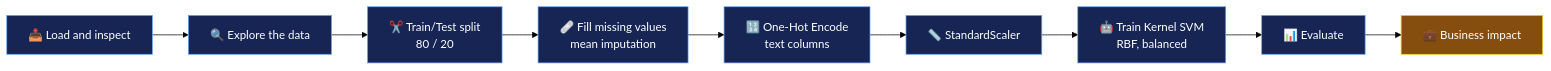
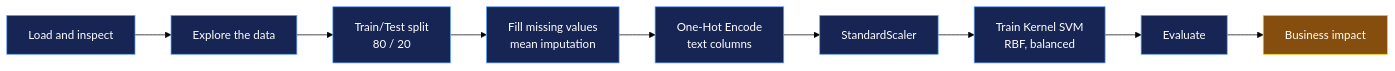
One commit to khaled-amireh/Bank-Loan-Prediction changed the first of 2 diagrams in README.md. Above: the diagram before and after it, drawn with Mermaid (forest theme). The commit also changed other lines of this file, not shown here.

Commit message:
Fix formatting and update glossary in README.md

````diff
--- a/README.md
+++ b/README.md
@@ -97,16 +97,16 @@
 ```mermaid
 flowchart LR
-    A["📥 Load and inspect"] --> B["🔍 Explore the data"]
-    B --> C["✂️ Train/Test split<br/>80 / 20"]
-    C --> D["🩹 Fill missing values<br/>mean imputation"]
-    D --> E["🔢 One-Hot Encode<br/>text columns"]
-    E --> F["📏 StandardScaler"]
-    F --> G["🤖 Train Kernel SVM<br/>RBF, balanced"]
-    G --> H["📊 Evaluate"]
-    H --> I["💼 Business impact"]
+    A[" Load and inspect"] --> B[" Explore the data"]
+    B --> C[" Train/Test split<br/>80 / 20"]
+    C --> D[" Fill missing values<br/>mean imputation"]
+    D --> E[" One-Hot Encode<br/>text columns"]
+    E --> F[" StandardScaler"]
+    F --> G[" Train Kernel SVM<br/>RBF, balanced"]
+    G --> H[" Evaluate"]
+    H --> I[" Business impact"]
 
     classDef step fill:#172554,stroke:#60a5fa,color:#fff;
     classDef gold fill:#854d0e,stroke:#facc15,color:#fff;
     class A,B,C,D,E,F,G,H step;
     class I gold;
 ```
````
